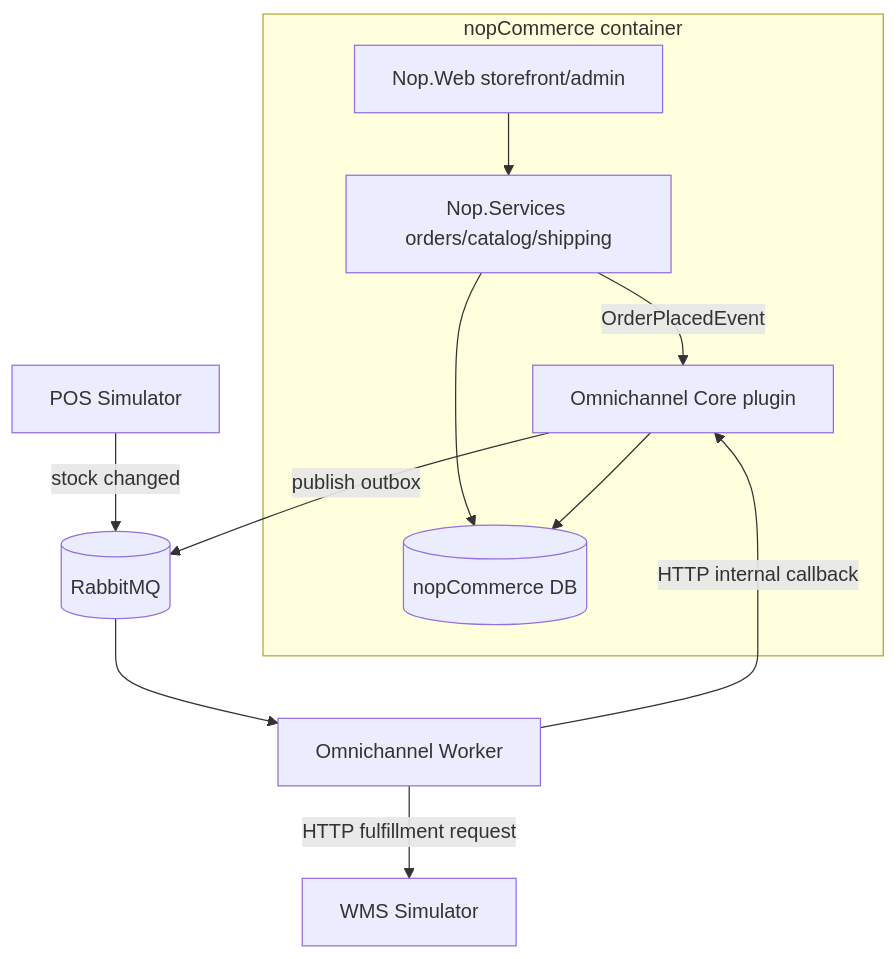
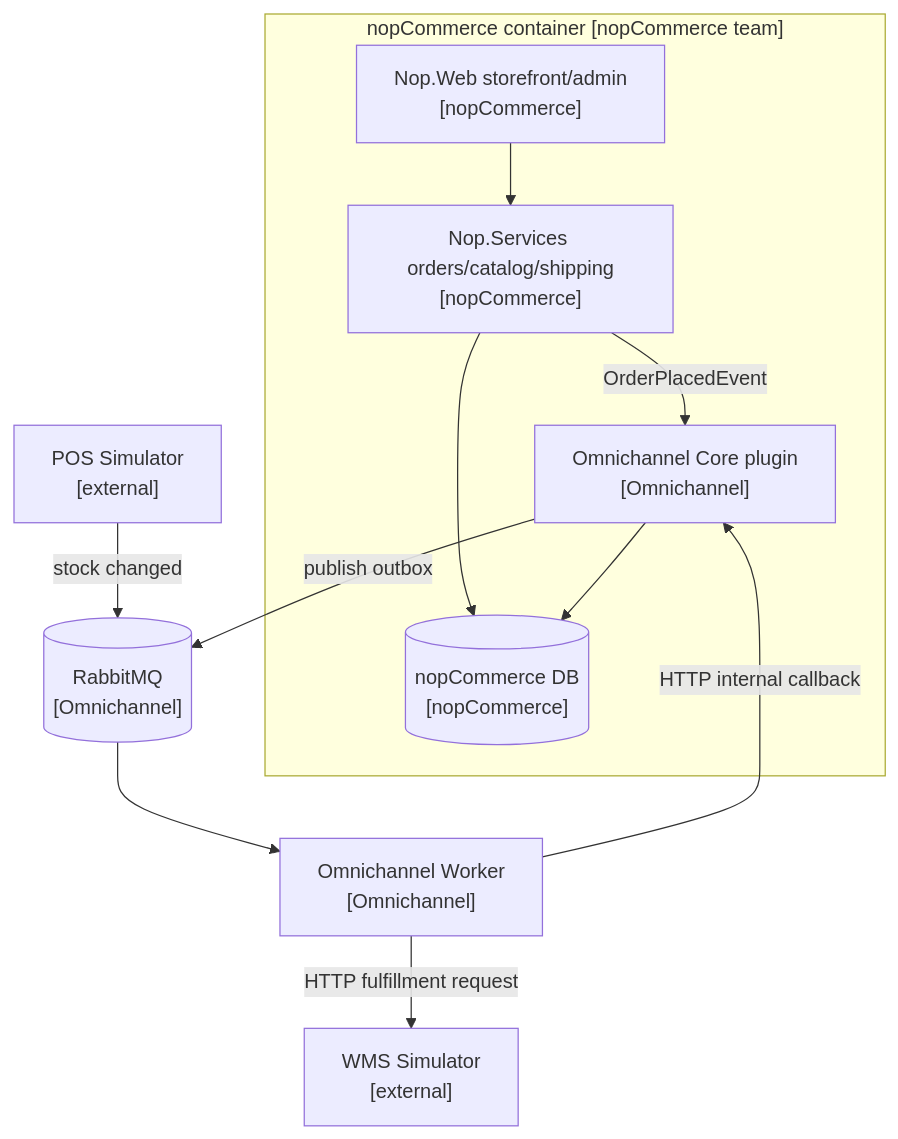
Before and after one commit to nopSolutions/nopCommerce: the third of 7 diagrams in Project/docs/part1/diagrams.md, drawn with Mermaid. The commit also changed other lines of this file and 13 other files, not shown here.

````diff
--- a/Project/docs/part1/diagrams.md
+++ b/Project/docs/part1/diagrams.md
@@ -28,24 +60,24 @@
 ```mermaid
 flowchart TB
-    subgraph Core["nopCommerce container"]
-        Web[Nop.Web storefront/admin]
-        Services[Nop.Services orders/catalog/shipping]
-        Plugin[Omnichannel Core plugin]
-        NopDb[(nopCommerce DB)]
+    subgraph Core["nopCommerce container [nopCommerce team]"]
+        Web["Nop.Web storefront/admin<br>[nopCommerce]"]
+        Services["Nop.Services orders/catalog/shipping<br>[nopCommerce]"]
+        Plugin["Omnichannel Core plugin<br>[Omnichannel]"]
+        NopDb[("nopCommerce DB<br>[nopCommerce]")]
         Web --> Services
         Services --> NopDb
         Services -->|OrderPlacedEvent| Plugin
         Plugin --> NopDb
     end
 
-    MQ[(RabbitMQ)]
-    Worker[Omnichannel Worker]
-    WMS[WMS Simulator]
-    POS[POS Simulator]
+    MQ[("RabbitMQ<br>[Omnichannel]")]
+    Worker["Omnichannel Worker<br>[Omnichannel]"]
+    WMS["WMS Simulator<br>[external]"]
+    POS["POS Simulator<br>[external]"]
 
     Plugin -->|publish outbox| MQ
     POS -->|stock changed| MQ
     MQ --> Worker
     Worker -->|HTTP fulfillment request| WMS
     Worker -->|HTTP internal callback| Plugin
 ```
````
